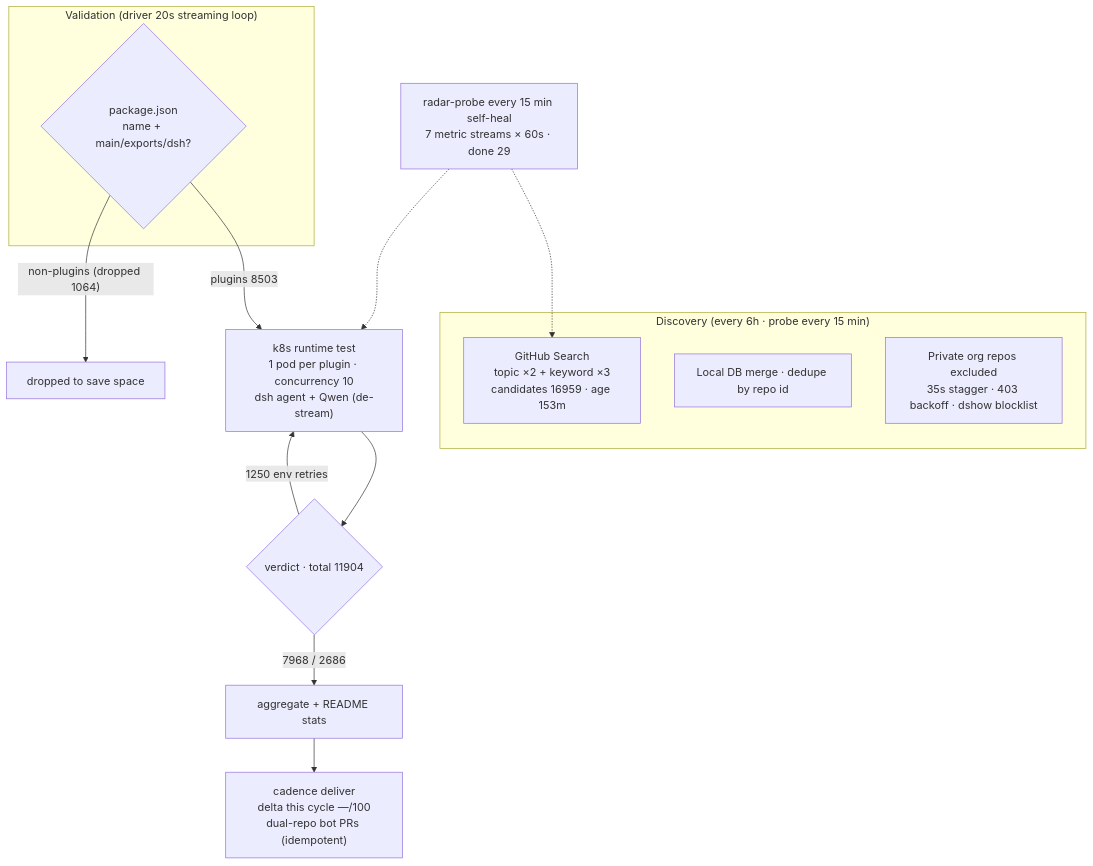
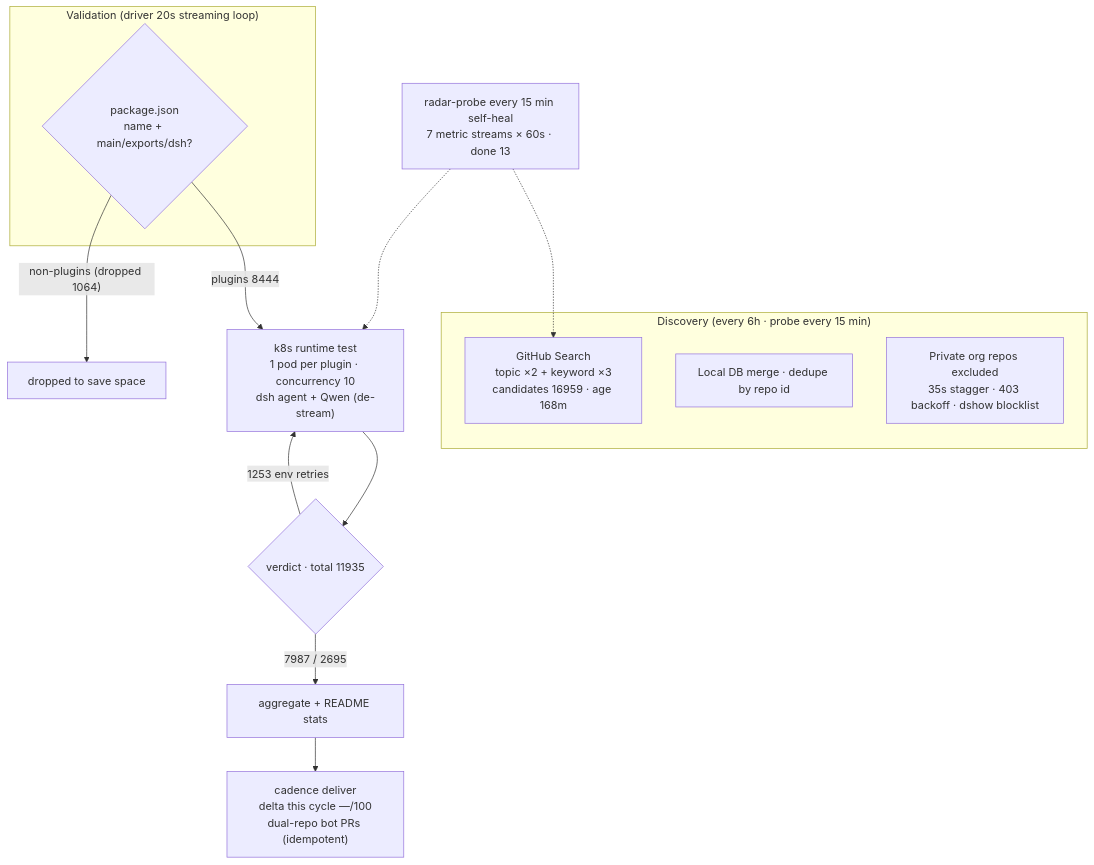
Before and after one commit to AdamPlatin123/awesome-dsh-plugins: the diagram in README.en-US.md, drawn with Mermaid. The commit also changed other lines of this file and 5 other files, not shown here.

````diff
--- a/README.en-US.md
+++ b/README.en-US.md
@@ -45,20 +45,20 @@
 ```mermaid
 flowchart TB
     subgraph Discovery["Discovery (every 6h · probe every 15 min)"]
-        A1["GitHub Search<br/>topic ×2 + keyword ×3<br/>candidates 16959 · age 153m"]
+        A1["GitHub Search<br/>topic ×2 + keyword ×3<br/>candidates 16959 · age 168m"]
         A2["Local DB merge · dedupe by repo id"]
         A3["Private org repos excluded<br/>35s stagger · 403 backoff · dshow blocklist"]
     end
     subgraph Validation["Validation (driver 20s streaming loop)"]
         B1{"package.json<br/>name + main/exports/dsh?"}
     end
-    B1 -->|"plugins 8503"| C1["k8s runtime test<br/>1 pod per plugin · concurrency 10<br/>dsh agent + Qwen (de-stream)"]
+    B1 -->|"plugins 8444"| C1["k8s runtime test<br/>1 pod per plugin · concurrency 10<br/>dsh agent + Qwen (de-stream)"]
     B1 -->|"non-plugins (dropped 1064)"| B3["dropped to save space"]
-    C1 --> D1{"verdict · total 11904"}
-    D1 -->|"7968 / 2686"| E1["aggregate + README stats"]
-    D1 -->|"1250 env retries"| C1
+    C1 --> D1{"verdict · total 11935"}
+    D1 -->|"7987 / 2695"| E1["aggregate + README stats"]
+    D1 -->|"1253 env retries"| C1
     E1 --> E2["cadence deliver<br/>delta this cycle —/100<br/>dual-repo bot PRs (idempotent)"]
-    M["radar-probe every 15 min self-heal<br/>7 metric streams × 60s · done 29"]
+    M["radar-probe every 15 min self-heal<br/>7 metric streams × 60s · done 13"]
     M -.-> A1
     M -.-> C1
 ```
````
